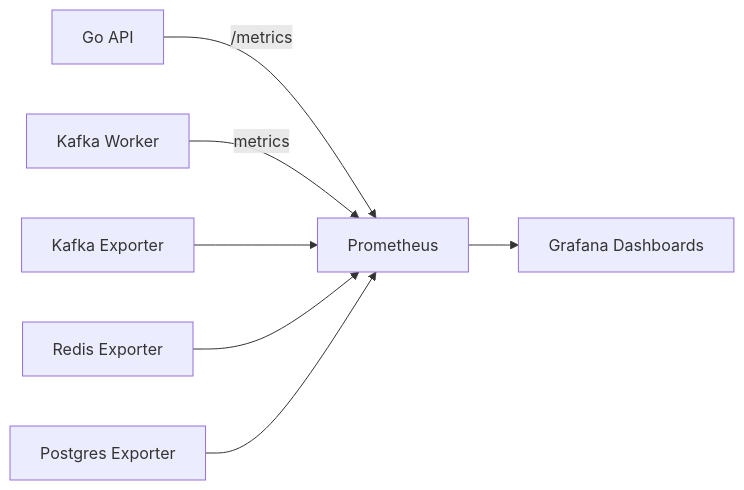
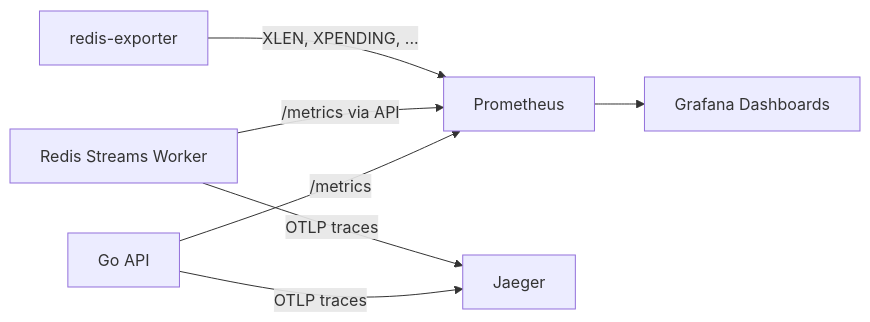
One commit to gbiumdonadon/easyhooks changed the diagram in docs/docs/observability/monitoring.md. Above: the diagram before and after it, drawn with Mermaid. The commit also changed other lines of this file and 66 other files, not shown here.

````diff
--- a/docs/docs/observability/monitoring.md
+++ b/docs/docs/observability/monitoring.md
@@ -19,9 +24,9 @@
 ```mermaid
 flowchart LR
     App[Go API] -->|/metrics| Prometheus
-    Worker[Kafka Worker] -->|metrics| Prometheus
-    KafkaExporter[Kafka Exporter] --> Prometheus
-    RedisExporter[Redis Exporter] --> Prometheus
-    PostgresExporter[Postgres Exporter] --> Prometheus
+    Worker[Redis Streams Worker] -->|/metrics via API| Prometheus
+    RedisExporter[redis-exporter] -->|XLEN, XPENDING, ...| Prometheus
     Prometheus --> Grafana[Grafana Dashboards]
+    App -->|OTLP traces| Jaeger
+    Worker -->|OTLP traces| Jaeger
 ```
````
